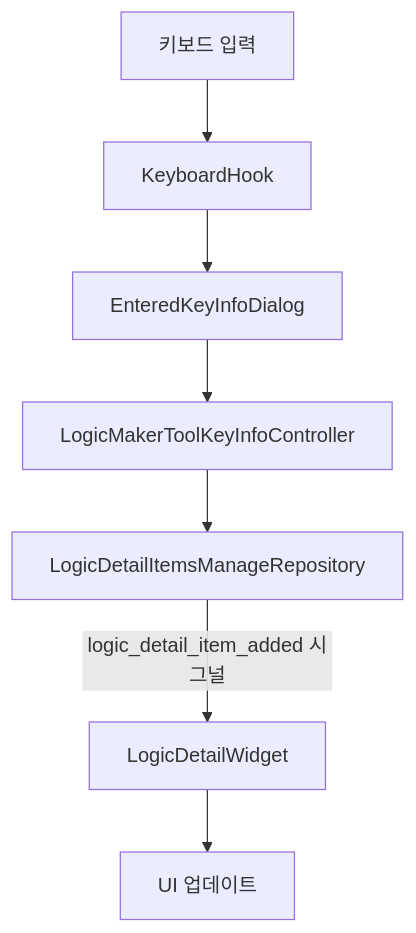
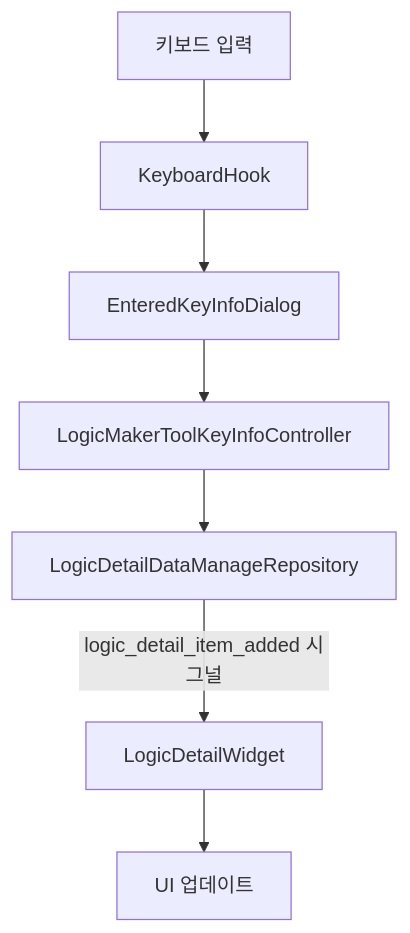
The diagram in BE/Doc/Key_Info_Input.md (ayc0735work/ddoky), drawn with Mermaid before and after one commit. The commit also changed other lines of this file and 5 other files, not shown here.

First line of the commit message:
logic_detaill_item_manage_repository 이름 변경 (logic_detaill_data_manage_repository)

````diff
--- a/BE/Doc/Key_Info_Input.md
+++ b/BE/Doc/Key_Info_Input.md
@@ -165,9 +165,9 @@
 ```mermaid
 graph TD
     A[키보드 입력] --> B[KeyboardHook]
     B --> C[EnteredKeyInfoDialog]
     C --> D[LogicMakerToolKeyInfoController]
-    D --> E[LogicDetailItemsManageRepository]
+    D --> E[LogicDetailDataManageRepository]
     E -- logic_detail_item_added 시그널 --> F[LogicDetailWidget]
     F --> G[UI 업데이트]
 ```
````
